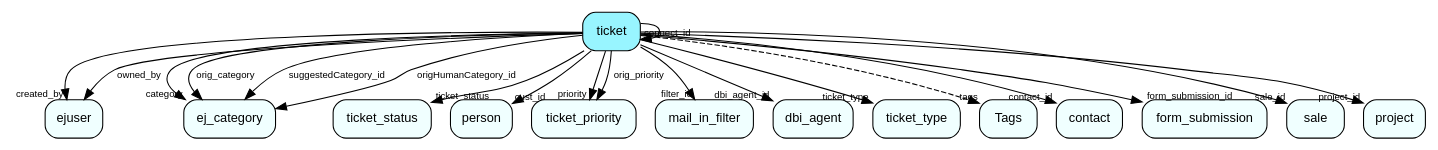
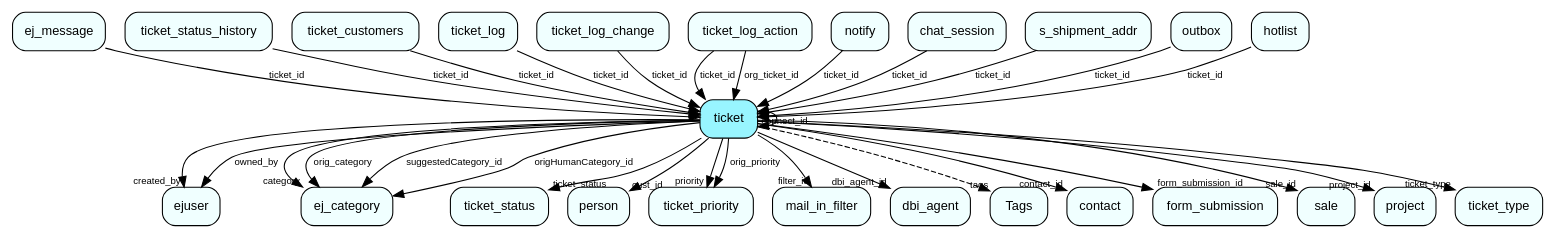
One commit to SuperOfficeDocs/superoffice-docs changed the diagram in docs/en/database/tables/media/ticket.dot. Above: the diagram before and after it, drawn with Graphviz. The commit also changed 121 other files, not shown here.

```diff
--- a/docs/en/database/tables/media/ticket.dot
+++ b/docs/en/database/tables/media/ticket.dot
@@ -1,38 +1,61 @@
 digraph ticket  {
 node [shape = box style="rounded, filled" fontname = "Helvetica" fontsize = "12" ]
 edge [fontname = "Helvetica" fontsize = "9"]
 
 ticket[fillcolor = "cadetblue1"]
 ejuser[fillcolor = "azure1"]
 ej_category[fillcolor = "azure1"]
 ticket_status[fillcolor = "azure1"]
 person[fillcolor = "azure1"]
 ticket_priority[fillcolor = "azure1"]
 mail_in_filter[fillcolor = "azure1"]
 dbi_agent[fillcolor = "azure1"]
-ticket_type[fillcolor = "azure1"]
 Tags[fillcolor = "azure1"]
 contact[fillcolor = "azure1"]
 form_submission[fillcolor = "azure1"]
 sale[fillcolor = "azure1"]
 project[fillcolor = "azure1"]
+ticket_type[fillcolor = "azure1"]
+ej_message[fillcolor = "azure1"]
+ticket_status_history[fillcolor = "azure1"]
+ticket_customers[fillcolor = "azure1"]
+ticket_log[fillcolor = "azure1"]
+ticket_log_change[fillcolor = "azure1"]
+ticket_log_action[fillcolor = "azure1"]
+notify[fillcolor = "azure1"]
+chat_session[fillcolor = "azure1"]
+s_shipment_addr[fillcolor = "azure1"]
+outbox[fillcolor = "azure1"]
+hotlist[fillcolor = "azure1"]
 ticket -> ticket [headlabel = "connect_id"]
 ticket -> ejuser [headlabel = "created_by"]
 ticket -> ejuser [label = "owned_by"]
 ticket -> ej_category [headlabel = "category"]
 ticket -> ej_category [label = "orig_category"]
 ticket -> ticket_status [headlabel = "ticket_status"]
 ticket -> person [headlabel = "cust_id"]
 ticket -> ticket_priority [headlabel = "priority"]
 ticket -> ticket_priority [label = "orig_priority"]
 ticket -> mail_in_filter [headlabel = "filter_id"]
 ticket -> dbi_agent [headlabel = "dbi_agent_id"]
-ticket -> ticket_type [headlabel = "ticket_type"]
 ticket -> Tags [headlabel = "tags" style="dashed"]
 ticket -> contact [headlabel = "contact_id"]
 ticket -> form_submission [headlabel = "form_submission_id"]
 ticket -> ej_category [label = "suggestedCategory_id"]
 ticket -> ej_category [label = "origHumanCategory_id"]
 ticket -> sale [headlabel = "sale_id"]
 ticket -> project [headlabel = "project_id"]
+ticket -> ticket_type [headlabel = "ticket_type"]
+ej_message -> ticket [label = "ticket_id"]
+ticket_status_history -> ticket [label = "ticket_id"]
+ticket_customers -> ticket [label = "ticket_id"]
+ticket_log -> ticket [label = "ticket_id"]
+ticket_log_change -> ticket [label = "ticket_id"]
+ticket_log_action -> ticket [label = "ticket_id"]
+ticket_log_action -> ticket [label = "org_ticket_id"]
+notify -> ticket [label = "ticket_id"]
+chat_session -> ticket [label = "ticket_id"]
+s_shipment_addr -> ticket [label = "ticket_id"]
+outbox -> ticket [label = "ticket_id"]
+hotlist -> ticket [label = "ticket_id"]
 }
```
